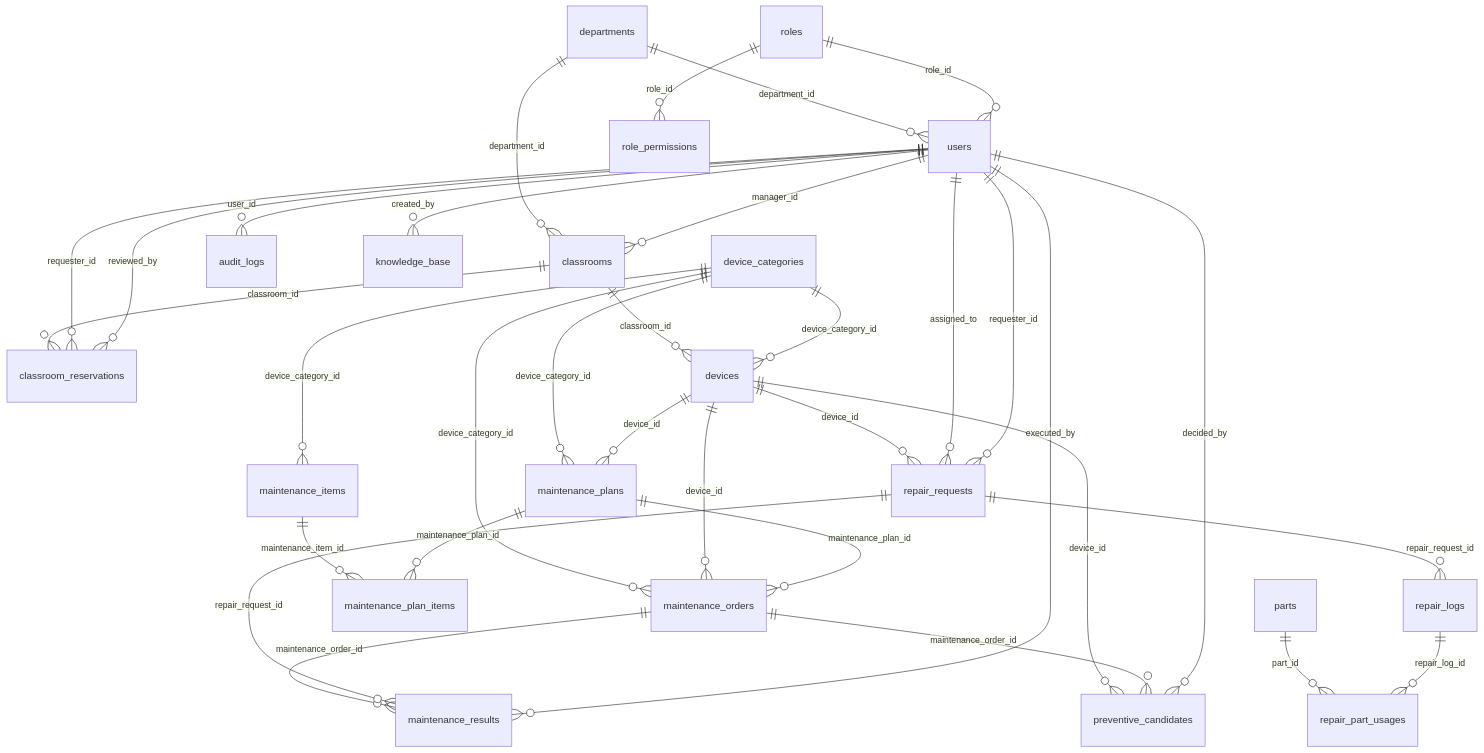
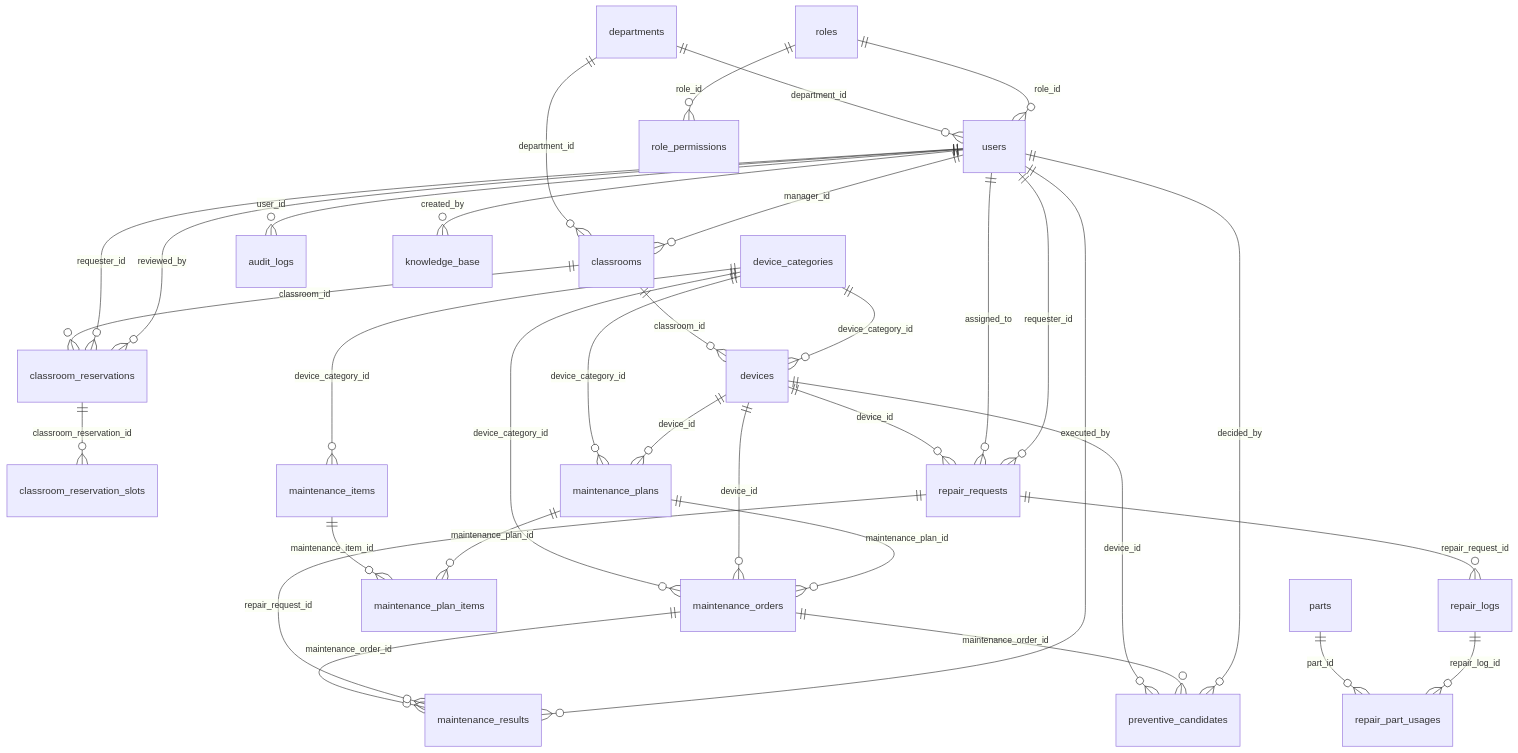
One commit to 111534202/school-maintenance changed the diagram in docs/資料庫命名規範與資料字典.md. Above: the diagram before and after it, drawn with Mermaid. The commit also changed other lines of this file, not shown here.

Commit message:
docs: 重新產生資料字典（新增 classroom_reservation_slots）

````diff
--- a/docs/資料庫命名規範與資料字典.md
+++ b/docs/資料庫命名規範與資料字典.md
@@ -254,35 +256,36 @@
 ```mermaid
 erDiagram
+    classroom_reservations ||--o{ classroom_reservation_slots : "classroom_reservation_id"
     classrooms ||--o{ classroom_reservations : "classroom_id"
     classrooms ||--o{ devices : "classroom_id"
     departments ||--o{ classrooms : "department_id"
     departments ||--o{ users : "department_id"
     device_categories ||--o{ devices : "device_category_id"
     device_categories ||--o{ maintenance_items : "device_category_id"
     device_categories ||--o{ maintenance_orders : "device_category_id"
     device_categories ||--o{ maintenance_plans : "device_category_id"
     devices ||--o{ maintenance_orders : "device_id"
     devices ||--o{ maintenance_plans : "device_id"
     devices ||--o{ preventive_candidates : "device_id"
     devices ||--o{ repair_requests : "device_id"
     maintenance_items ||--o{ maintenance_plan_items : "maintenance_item_id"
     maintenance_orders ||--o{ maintenance_results : "maintenance_order_id"
     maintenance_orders ||--o{ preventive_candidates : "maintenance_order_id"
     maintenance_plans ||--o{ maintenance_orders : "maintenance_plan_id"
     maintenance_plans ||--o{ maintenance_plan_items : "maintenance_plan_id"
     parts ||--o{ repair_part_usages : "part_id"
     repair_logs ||--o{ repair_part_usages : "repair_log_id"
     repair_requests ||--o{ maintenance_results : "repair_request_id"
     repair_requests ||--o{ repair_logs : "repair_request_id"
     roles ||--o{ role_permissions : "role_id"
     roles ||--o{ users : "role_id"
     users ||--o{ audit_logs : "user_id"
     users ||--o{ classroom_reservations : "requester_id"
     users ||--o{ classroom_reservations : "reviewed_by"
     users ||--o{ classrooms : "manager_id"
     users ||--o{ knowledge_base : "created_by"
     users ||--o{ maintenance_results : "executed_by"
     users ||--o{ preventive_candidates : "decided_by"
     users ||--o{ repair_requests : "assigned_to"
     users ||--o{ repair_requests : "requester_id"
 ```
````
